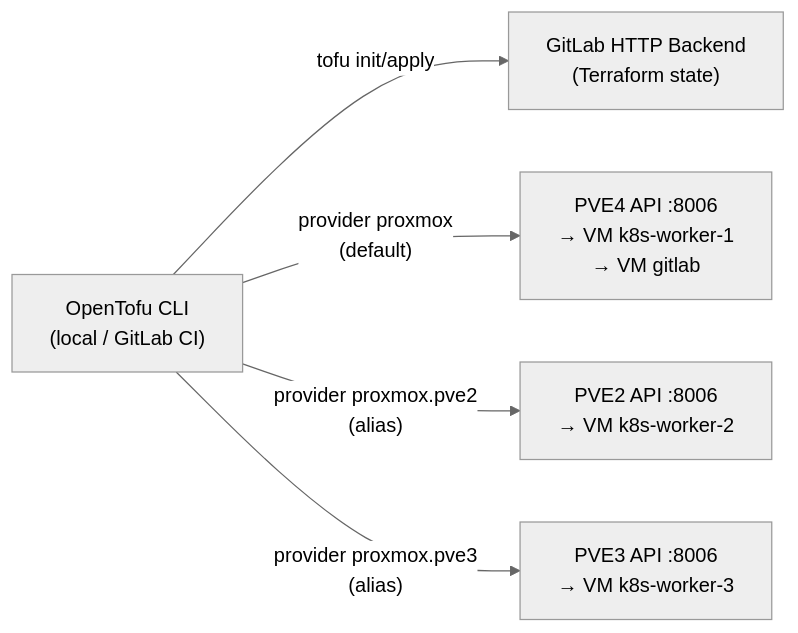
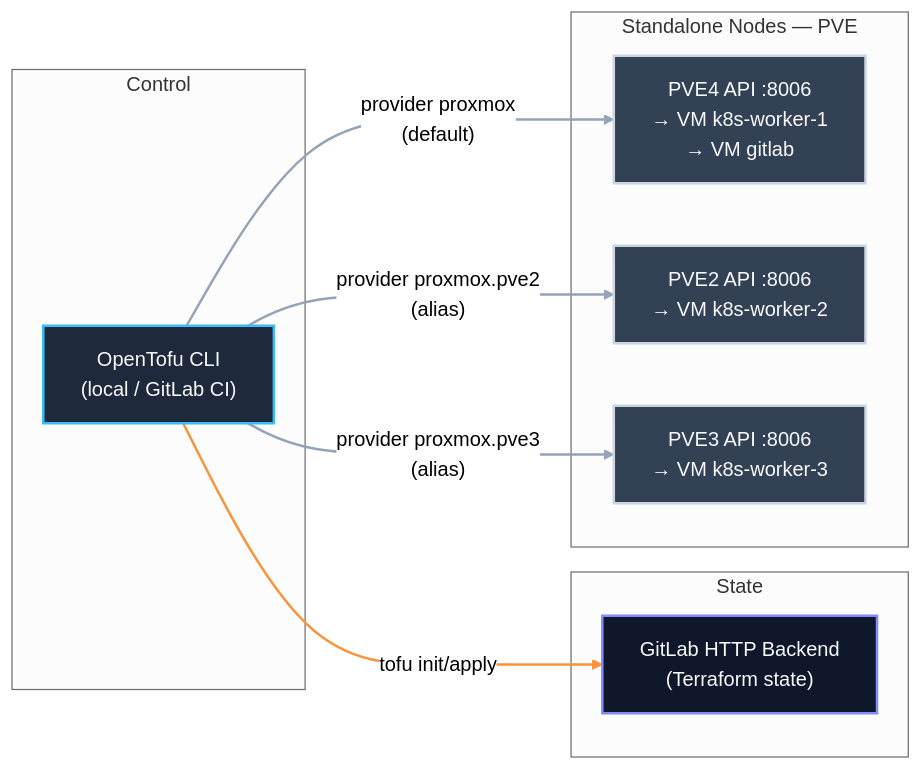
One commit to johnnydoer/blog changed the diagram in _posts/2026-08-08-proxmox-opentofu-vm-provisioning.md. Above: the diagram before and after it, drawn with Mermaid (neutral theme). The commit also changed 1 other file, not shown here.

Commit message:
fix: match hero aspect ratio and mermaid styling to series
- Chirpy hero container is 40:21 (object-fit cover); old hero 1.42
  cropped ~25% vertically. Pad diagram on dark bg to 40:21 ->
  2400x1259, no crop.
- new diagram used stock mermaid (plain blue rects). Restyle with same
  visual language as the overview post: dark classDef fills + colored
  strokes, subgraph clusters, orange/gray linkStyle edges.

````diff
--- a/_posts/2026-08-08-proxmox-opentofu-vm-provisioning.md
+++ b/_posts/2026-08-08-proxmox-opentofu-vm-provisioning.md
@@ -42,9 +42,34 @@
 ```mermaid
+%% OpenTofu provisioning: CLI against GitLab state backend and per-node Proxmox provider aliases
 flowchart LR
-    CLI["OpenTofu CLI\n(local / GitLab CI)"]
-    STATE["GitLab HTTP Backend\n(Terraform state)"]
+    subgraph "Control"
+        CLI["OpenTofu CLI\n(local / GitLab CI)"]
+    end
+
+    subgraph "State"
+        STATE["GitLab HTTP Backend\n(Terraform state)"]
+    end
+
+    subgraph "Standalone Nodes — PVE"
+        PVE4["PVE4 API :8006\n→ VM k8s-worker-1\n→ VM gitlab"]
+        PVE2["PVE2 API :8006\n→ VM k8s-worker-2"]
+        PVE3["PVE3 API :8006\n→ VM k8s-worker-3"]
+    end
+
     CLI -->|"tofu init/apply"| STATE
-    CLI -->|"provider proxmox\n(default)"| PVE4["PVE4 API :8006\n→ VM k8s-worker-1\n→ VM gitlab"]
-    CLI -->|"provider proxmox.pve2\n(alias)"| PVE2["PVE2 API :8006\n→ VM k8s-worker-2"]
-    CLI -->|"provider proxmox.pve3\n(alias)"| PVE3["PVE3 API :8006\n→ VM k8s-worker-3"]
+    CLI -->|"provider proxmox\n(default)"| PVE4
+    CLI -->|"provider proxmox.pve2\n(alias)"| PVE2
+    CLI -->|"provider proxmox.pve3\n(alias)"| PVE3
+
+    classDef cli   fill:#1e293b,stroke:#38bdf8,color:#f8fafc,stroke-width:2px
+    classDef state fill:#0f172a,stroke:#818cf8,color:#f8fafc,stroke-width:2px
+    classDef pve   fill:#334155,stroke:#cbd5e1,color:#f8fafc,stroke-width:2px
+
+    class CLI cli
+    class STATE state
+    class PVE4,PVE2,PVE3 pve
+
+    %% 0: state sync; 1-3: per-node provider aliases
+    linkStyle 0 stroke:#fb923c,stroke-width:2px
+    linkStyle 1,2,3 stroke:#94a3b8,stroke-width:2px
 ```
````
